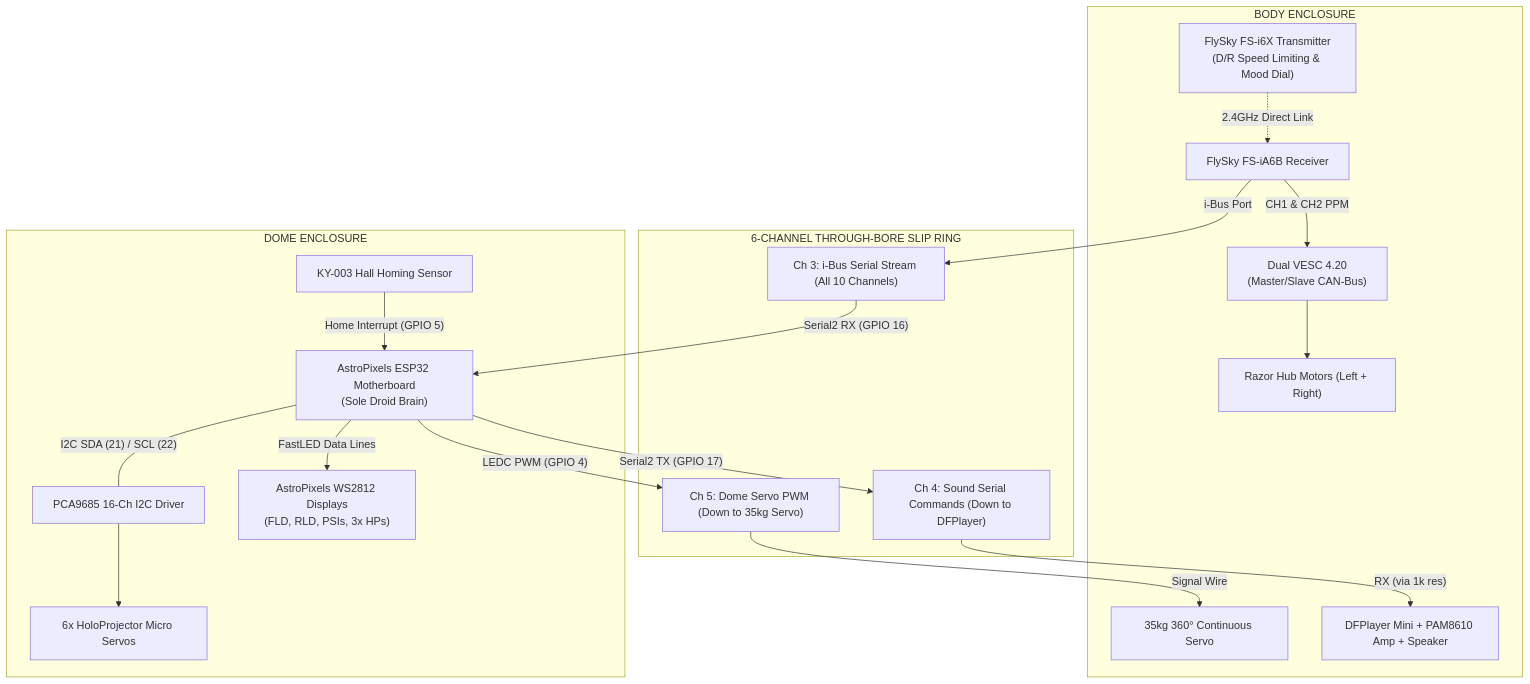
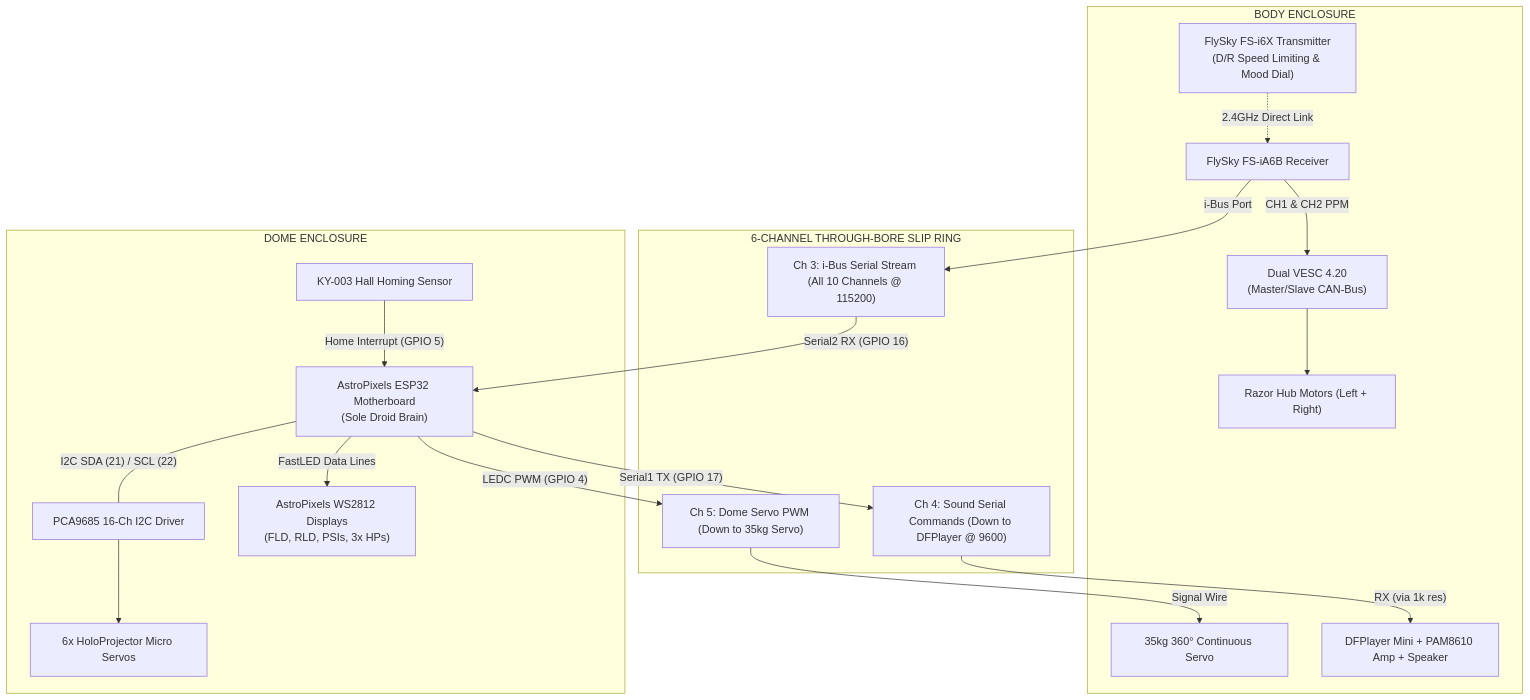
The diagram in ESP32_DOME_BRAIN_GUIDE.md (mmcgeary/HDR2D2), drawn with Mermaid before and after one commit. The commit also changed other lines of this file and 1 other file, not shown here.

````diff
--- a/ESP32_DOME_BRAIN_GUIDE.md
+++ b/ESP32_DOME_BRAIN_GUIDE.md
@@ -12,36 +12,36 @@
 ```mermaid
 flowchart TB
     subgraph BODY [BODY ENCLOSURE]
         TX["FlySky FS-i6X Transmitter<br/>(D/R Speed Limiting & Mood Dial)"]
         RX["FlySky FS-iA6B Receiver"]
         VESC["Dual VESC 4.20<br/>(Master/Slave CAN-Bus)"]
         MOTORS["Razor Hub Motors (Left + Right)"]
         DFPLAYER["DFPlayer Mini + PAM8610 Amp + Speaker"]
         DOME_SERVO["35kg 360° Continuous Servo"]
 
         TX -.->|"2.4GHz Direct Link"| RX
         RX -->|"CH1 & CH2 PPM"| VESC --> MOTORS
     end
 
     subgraph SLIPRING [6-CHANNEL THROUGH-BORE SLIP RING]
-        CH3["Ch 3: i-Bus Serial Stream (All 10 Channels)"]
-        CH4["Ch 4: Sound Serial Commands (Down to DFPlayer)"]
+        CH3["Ch 3: i-Bus Serial Stream (All 10 Channels @ 115200)"]
+        CH4["Ch 4: Sound Serial Commands (Down to DFPlayer @ 9600)"]
         CH5["Ch 5: Dome Servo PWM (Down to 35kg Servo)"]
     end
 
     subgraph DOME [DOME ENCLOSURE]
         ESP32["AstroPixels ESP32 Motherboard<br/>(Sole Droid Brain)"]
         LIGHTS["AstroPixels WS2812 Displays<br/>(FLD, RLD, PSIs, 3x HPs)"]
         PCA["PCA9685 16-Ch I2C Driver"]
         SERVOS["6x HoloProjector Micro Servos"]
         HALL["KY-003 Hall Homing Sensor"]
 
         RX -->|"i-Bus Port"| CH3 -->|"Serial2 RX (GPIO 16)"| ESP32
-        ESP32 -->|"Serial2 TX (GPIO 17)"| CH4 -->|"RX (via 1k res)"| DFPLAYER
+        ESP32 -->|"Serial1 TX (GPIO 17)"| CH4 -->|"RX (via 1k res)"| DFPLAYER
         ESP32 -->|"LEDC PWM (GPIO 4)"| CH5 -->|"Signal Wire"| DOME_SERVO
 
         ESP32 -->|"FastLED Data Lines"| LIGHTS
         ESP32 ---|"I2C SDA (21) / SCL (22)"| PCA --> SERVOS
         HALL -->|"Home Interrupt (GPIO 5)"| ESP32
     end
 ```
````
